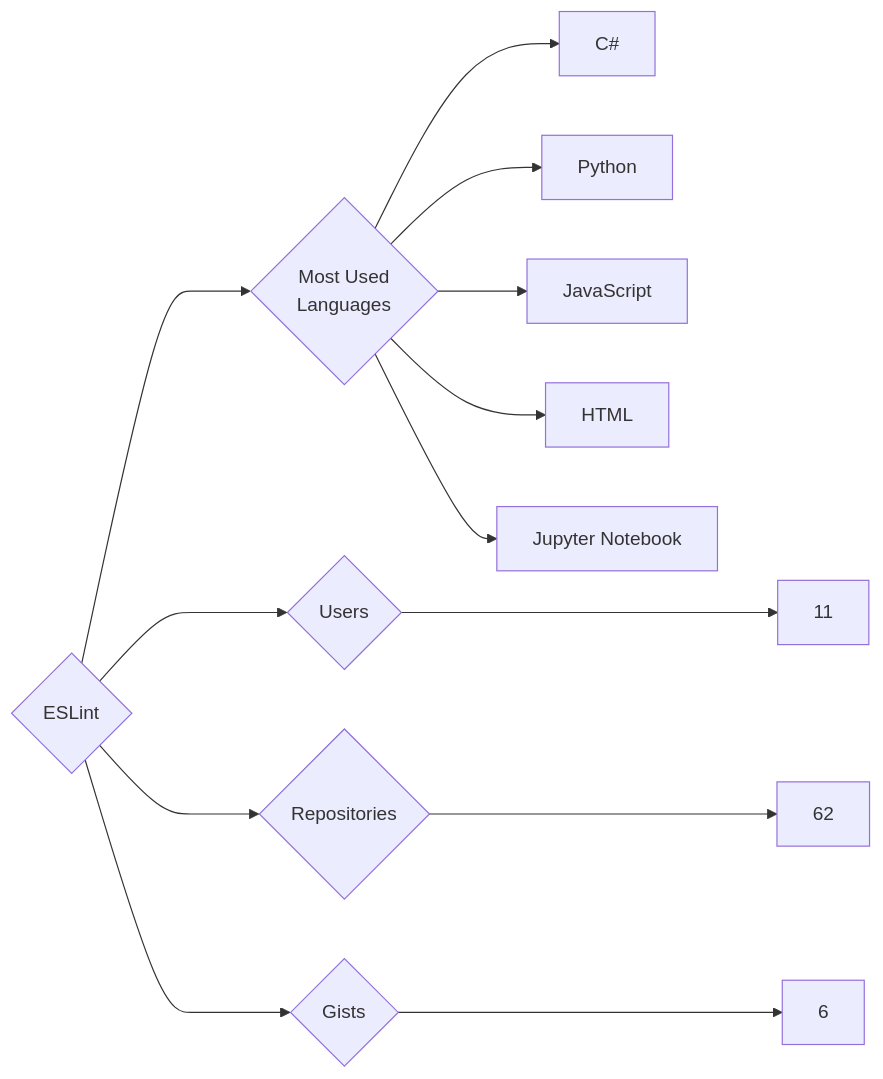
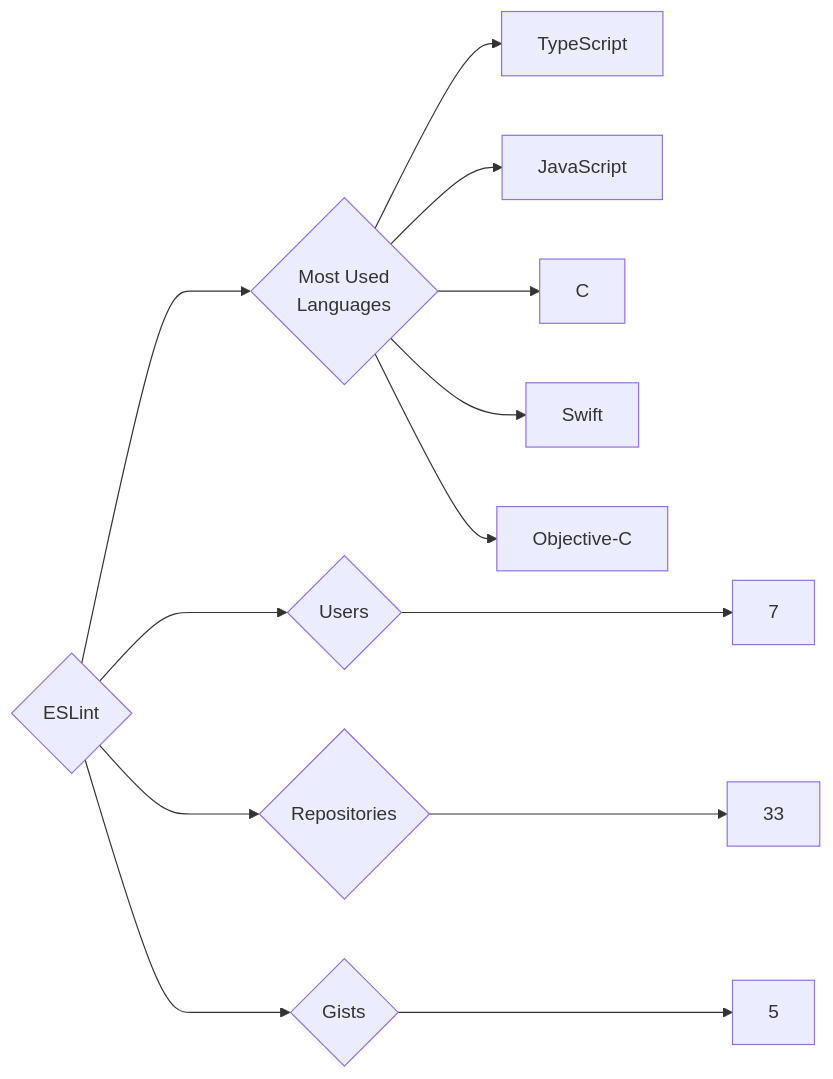
The diagram in targets/ESLint/README.md (trickest/insiders), drawn with Mermaid before and after one commit. The commit also changed 1148 other files, not shown here.

````diff
--- a/targets/ESLint/README.md
+++ b/targets/ESLint/README.md
@@ -3,13 +3,13 @@
 ```mermaid
 graph LR
 COMPANY_NAME{ESLint}
-COMPANY_NAME ---> U{Users} ---> UN[11]
-COMPANY_NAME ---> R{Repositories} ---> RN[62]
-COMPANY_NAME ---> G{Gists} ---> GN[6]
+COMPANY_NAME ---> U{Users} ---> UN[7]
+COMPANY_NAME ---> R{Repositories} ---> RN[33]
+COMPANY_NAME ---> G{Gists} ---> GN[5]
 COMPANY_NAME ---> ML{Most Used<br>Languages}
-ML --> C#[C#]
-ML --> Python[Python]
+ML --> TypeScript[TypeScript]
 ML --> JavaScript[JavaScript]
-ML --> HTML[HTML]
-ML --> Jupyter_Notebook[Jupyter Notebook]
+ML --> C[C]
+ML --> Swift[Swift]
+ML --> Objective-C[Objective-C]
 ```
````
